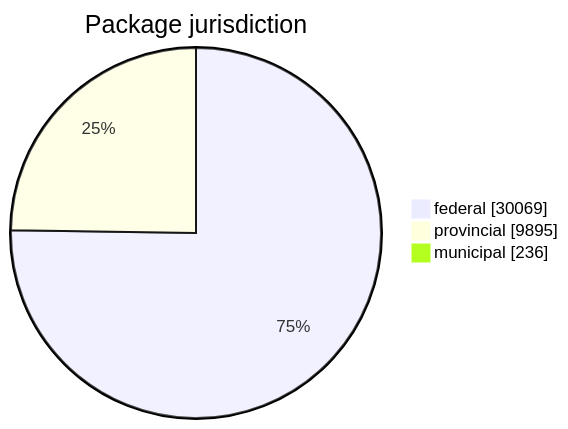
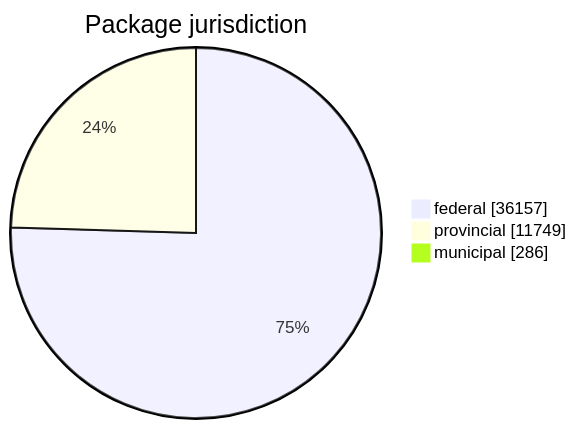
The first of 5 diagrams in FreshCheck/README.md (open-data/analytics-corporate-reporting), drawn with Mermaid before and after one commit. The commit also changed other lines of this file and 3 other files, not shown here.

````diff
--- a/FreshCheck/README.md
+++ b/FreshCheck/README.md
@@ -60,6 +60,6 @@
 ```mermaid
 pie showData title Package jurisdiction
-    "federal": 30069
-    "provincial": 9895
-    "municipal": 236
+    "federal": 36157
+    "provincial": 11749
+    "municipal": 286
 ```
````
